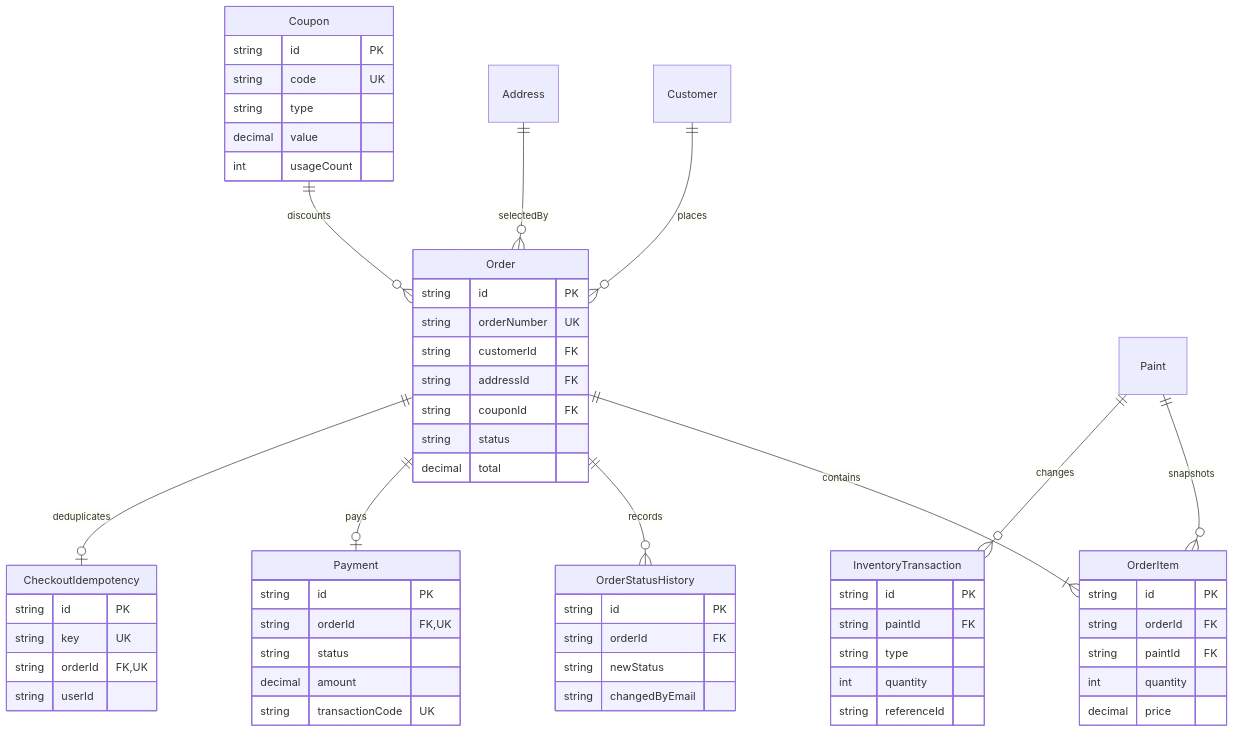
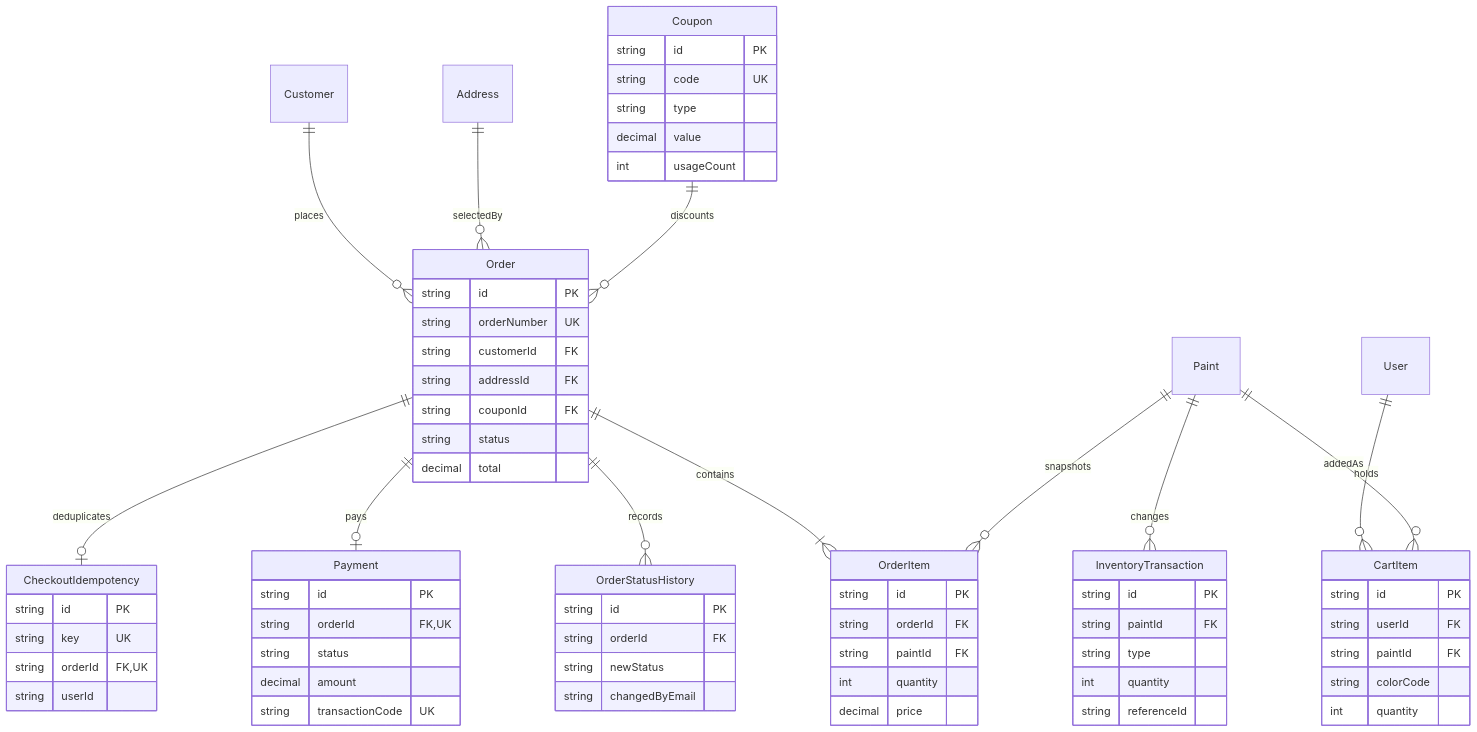
One commit to RumikaRin/Maison-de-FLOF changed the third of 4 diagrams in docs/erd.md. Above: the diagram before and after it, drawn with Mermaid. The commit also changed other lines of this file and 271 other files, not shown here.

````diff
--- a/docs/erd.md
+++ b/docs/erd.md
@@ -148,61 +148,70 @@
 ```mermaid
 erDiagram
   Customer ||--o{ Order : places
   Address ||--o{ Order : selectedBy
   Coupon ||--o{ Order : discounts
   Order ||--|{ OrderItem : contains
   Paint ||--o{ OrderItem : snapshots
   Order ||--o{ OrderStatusHistory : records
   Order ||--o| Payment : pays
   Order ||--o| CheckoutIdempotency : deduplicates
   Paint ||--o{ InventoryTransaction : changes
+  User ||--o{ CartItem : holds
+  Paint ||--o{ CartItem : addedAs
   Order {
     string id PK
     string orderNumber UK
     string customerId FK
     string addressId FK
     string couponId FK
     string status
     decimal total
   }
   OrderItem {
     string id PK
     string orderId FK
     string paintId FK
     int quantity
     decimal price
   }
   Payment {
     string id PK
     string orderId FK,UK
     string status
     decimal amount
     string transactionCode UK
   }
   CheckoutIdempotency {
     string id PK
     string key UK
     string orderId FK,UK
     string userId
   }
   OrderStatusHistory {
     string id PK
     string orderId FK
     string newStatus
     string changedByEmail
   }
   Coupon {
     string id PK
     string code UK
     string type
     decimal value
     int usageCount
   }
   InventoryTransaction {
     string id PK
     string paintId FK
     string type
     int quantity
     string referenceId
   }
+  CartItem {
+    string id PK
+    string userId FK
+    string paintId FK
+    string colorCode
+    int quantity
+  }
 ```
````
